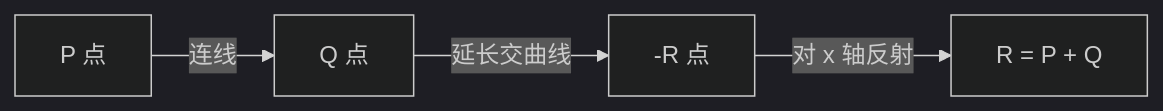
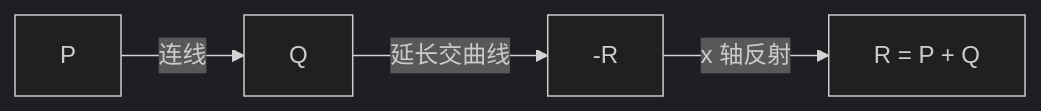
One commit to ChuwuYo/misc-files changed the third of 8 diagrams in web3-engineer-guide/01-密码学基础/README.md. Above: the diagram before and after it, drawn with Mermaid (dark theme). The commit also changed other lines of this file and 690 other files, not shown here.

````diff
--- a/web3-engineer-guide/01-密码学基础/README.md
+++ b/web3-engineer-guide/01-密码学基础/README.md
@@ -465,6 +322,6 @@
 ```mermaid
 graph LR
-    A["P 点"] -->|连线| B["Q 点"]
-    B -->|延长交曲线| C["-R 点"]
-    C -->|对 x 轴反射| D["R = P + Q"]
+    A["P"] -->|连线| B["Q"]
+    B -->|延长交曲线| C["-R"]
+    C -->|x 轴反射| D["R = P + Q"]
 ```
````
